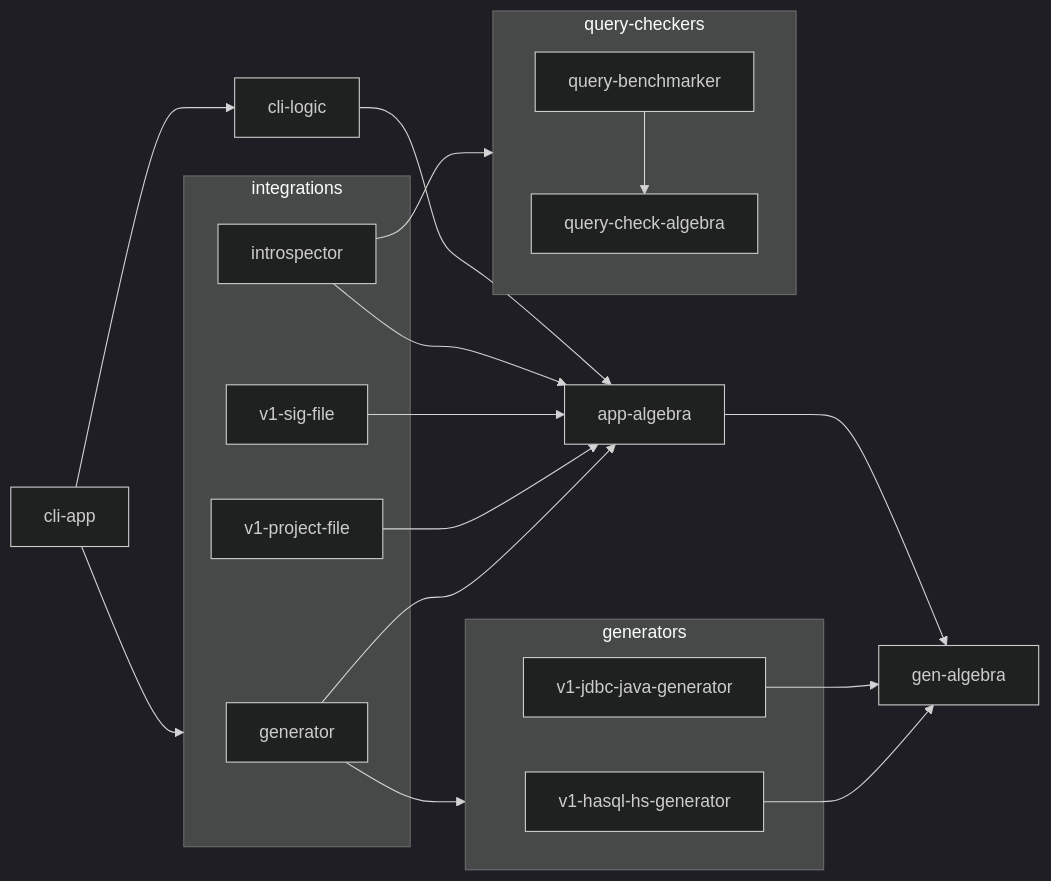
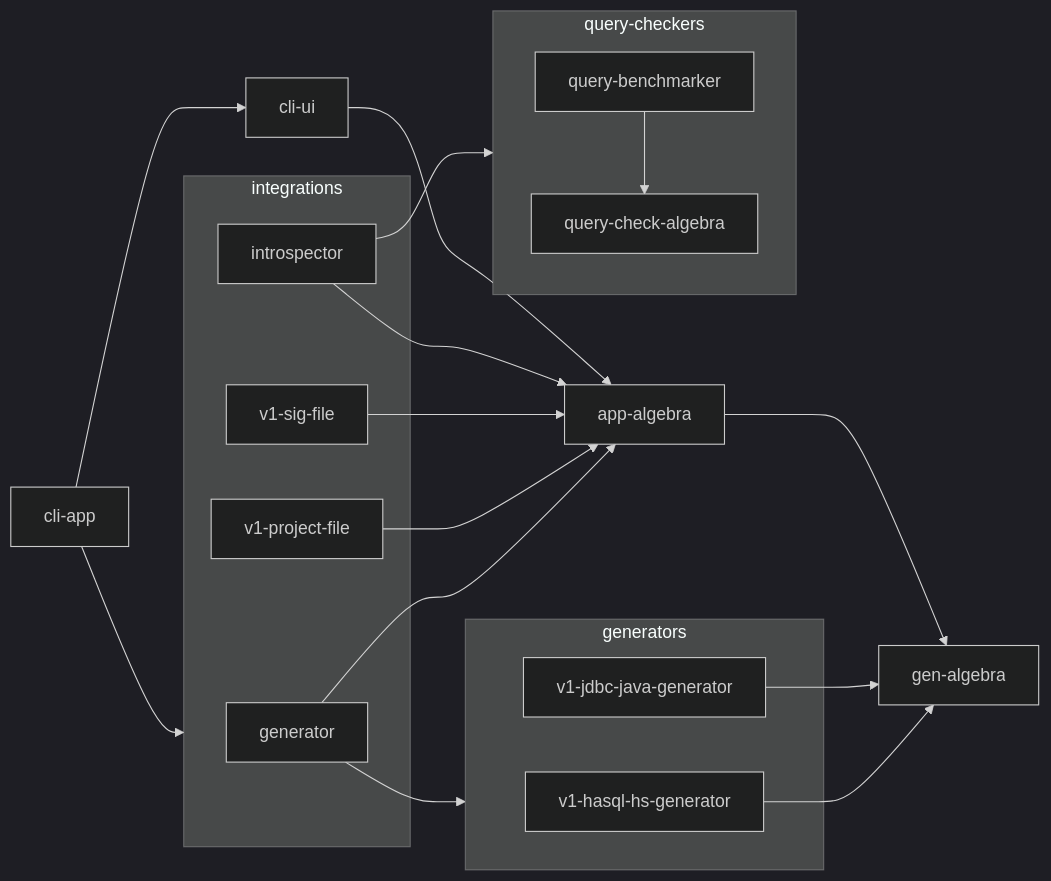
One commit to pgenie-io/pgenie changed the diagram in design/lib-deps.mmd. Above: the diagram before and after it, drawn with Mermaid (dark theme). The commit also changed 6 other files, not shown here.

Commit message:
Rename cli-logic to cli-ui

```diff
--- a/design/lib-deps.mmd
+++ b/design/lib-deps.mmd
@@ -1,32 +1,32 @@
 flowchart LR
 
 cli-app --> integrations
 generator --> generators
 generator --> app-algebra
 v1-project-file --> app-algebra
 v1-hasql-hs-generator --> gen-algebra
 v1-jdbc-java-generator --> gen-algebra
 app-algebra --> gen-algebra
 v1-sig-file --> app-algebra
 introspector --> app-algebra
-cli-logic --> app-algebra
-cli-app --> cli-logic
+cli-ui --> app-algebra
+cli-app --> cli-ui
 query-benchmarker --> query-check-algebra
 introspector --> query-checkers
 
 subgraph generators
   v1-hasql-hs-generator
   v1-jdbc-java-generator
 end
 
 subgraph integrations
   generator
   introspector
   v1-sig-file
   v1-project-file
 end
 
 subgraph query-checkers
   query-check-algebra
   query-benchmarker
 end
```
